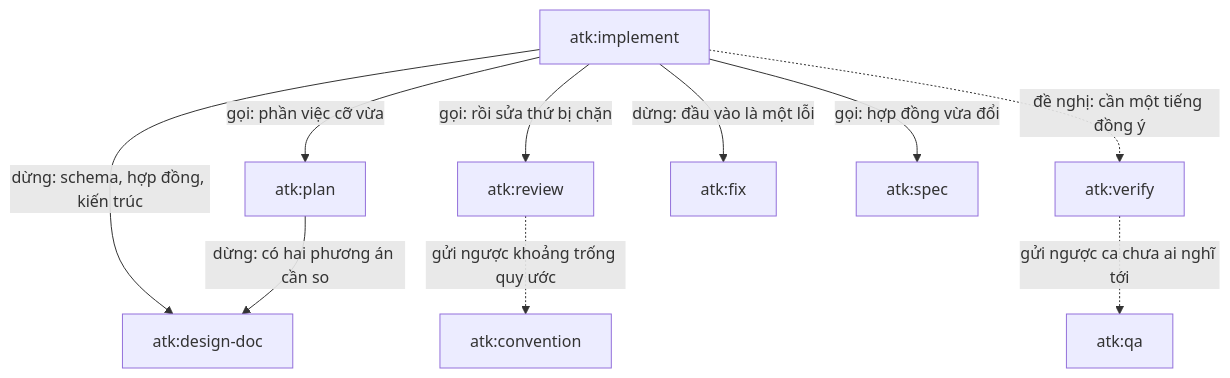
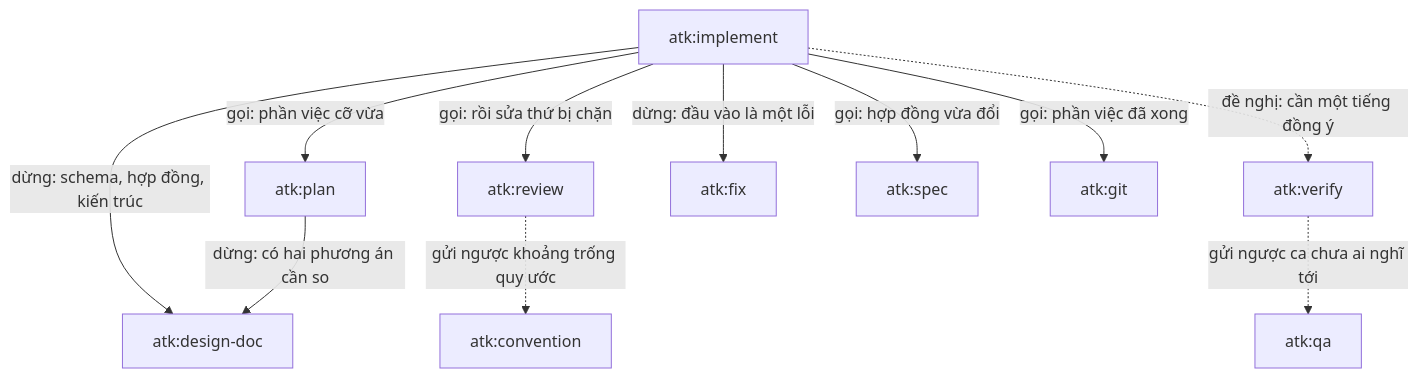
One commit to lamngockhuong/aiteamkit changed the second of 2 diagrams in docs/vi/flow/skill-lifecycle.md. Above: the diagram before and after it, drawn with Mermaid. The commit also changed other lines of this file and 46 other files, not shown here.

````diff
--- a/docs/vi/flow/skill-lifecycle.md
+++ b/docs/vi/flow/skill-lifecycle.md
@@ -85,22 +85,24 @@
 ```mermaid
 flowchart TD
     IMP["atk:implement"]
     PLN["atk:plan"]
     DSG["atk:design-doc"]
     REV["atk:review"]
     VER["atk:verify"]
     FIX["atk:fix"]
     QA["atk:qa"]
     CNV["atk:convention"]
     SPC["atk:spec"]
+    GIT["atk:git"]
 
     IMP -->|"gọi: phần việc cỡ vừa"| PLN
     IMP -->|"gọi: rồi sửa thứ bị chặn"| REV
     IMP -->|"dừng: schema, hợp đồng, kiến trúc"| DSG
     IMP -->|"dừng: đầu vào là một lỗi"| FIX
     PLN -->|"dừng: có hai phương án cần so"| DSG
     IMP -->|"gọi: hợp đồng vừa đổi"| SPC
+    IMP -->|"gọi: phần việc đã xong"| GIT
     IMP -.->|"đề nghị: cần một tiếng đồng ý"| VER
     REV -.->|"gửi ngược khoảng trống quy ước"| CNV
     VER -.->|"gửi ngược ca chưa ai nghĩ tới"| QA
 ```
````
